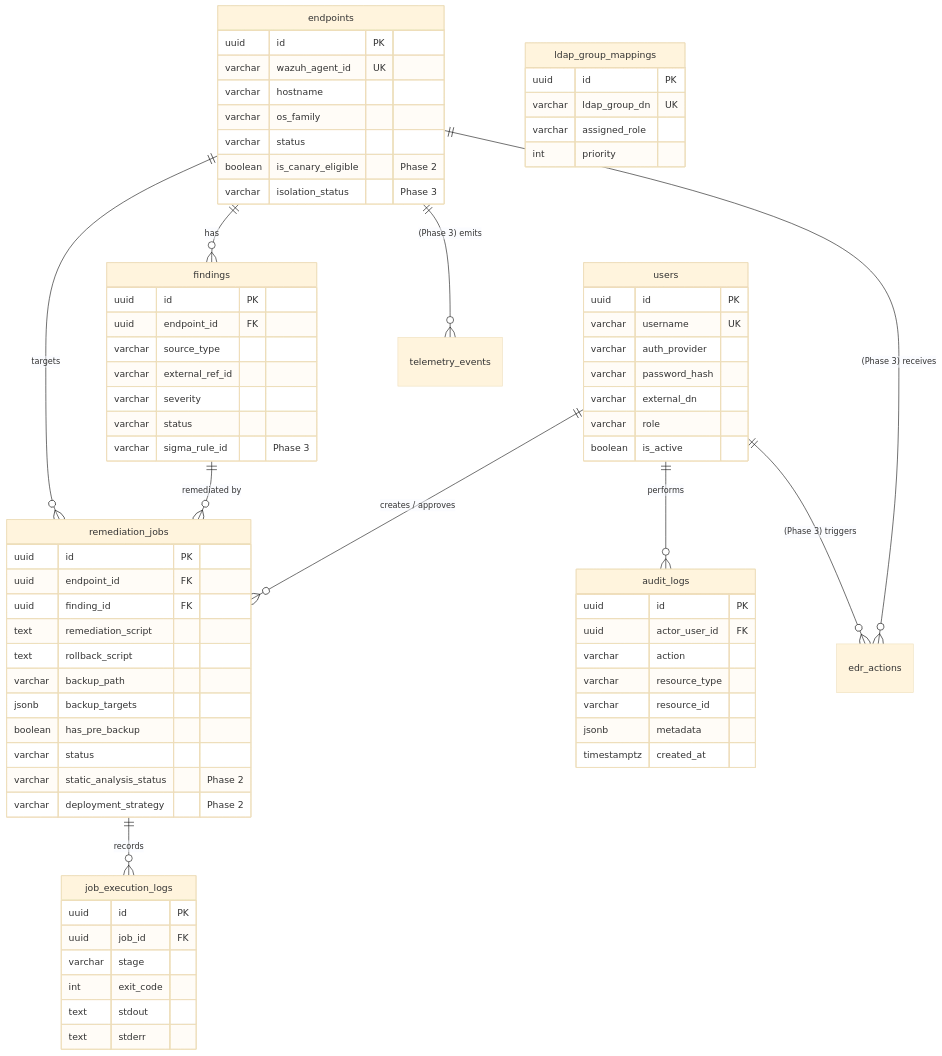
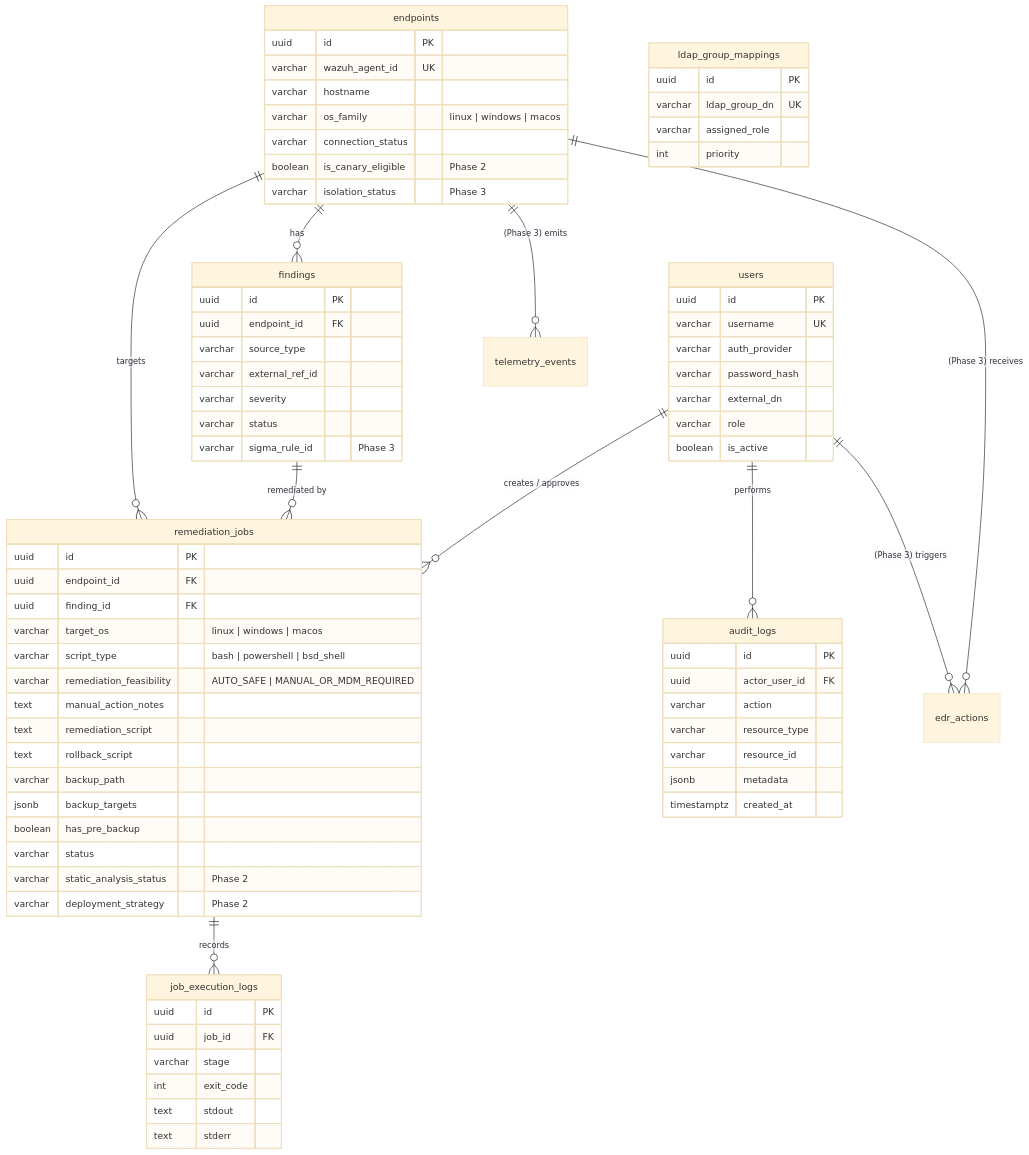
Before and after one commit to hardiyan46/Q-Shields: the fifth of 5 diagrams in docs/PRD-Phase-1.md, drawn with Mermaid (base theme). The commit also changed other lines of this file and 1 other file, not shown here.

Commit message:
docs: add PROJECT_SPEC.md and align PRD-Phase-1.md for linux, windows, and macos

```diff
--- a/docs/PRD-Phase-1.md
+++ b/docs/PRD-Phase-1.md
@@ -309,8 +319,8 @@
         uuid id PK
         varchar wazuh_agent_id UK
         varchar hostname
-        varchar os_family
-        varchar status
+        varchar os_family "linux | windows | macos"
+        varchar connection_status
         boolean is_canary_eligible "Phase 2"
         varchar isolation_status "Phase 3"
     }
@@ -329,6 +339,10 @@
         uuid id PK
         uuid endpoint_id FK
         uuid finding_id FK
+        varchar target_os "linux | windows | macos"
+        varchar script_type "bash | powershell | bsd_shell"
+        varchar remediation_feasibility "AUTO_SAFE | MANUAL_OR_MDM_REQUIRED"
+        text manual_action_notes
         text remediation_script
         text rollback_script
         varchar backup_path
```
